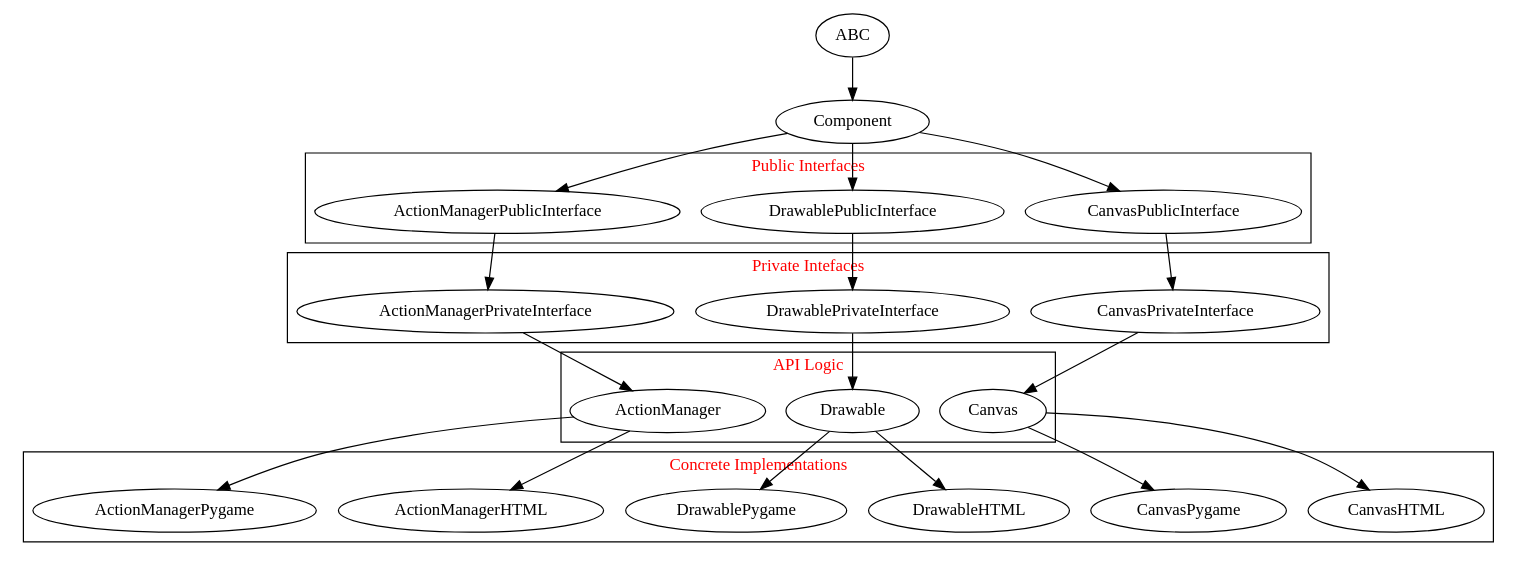
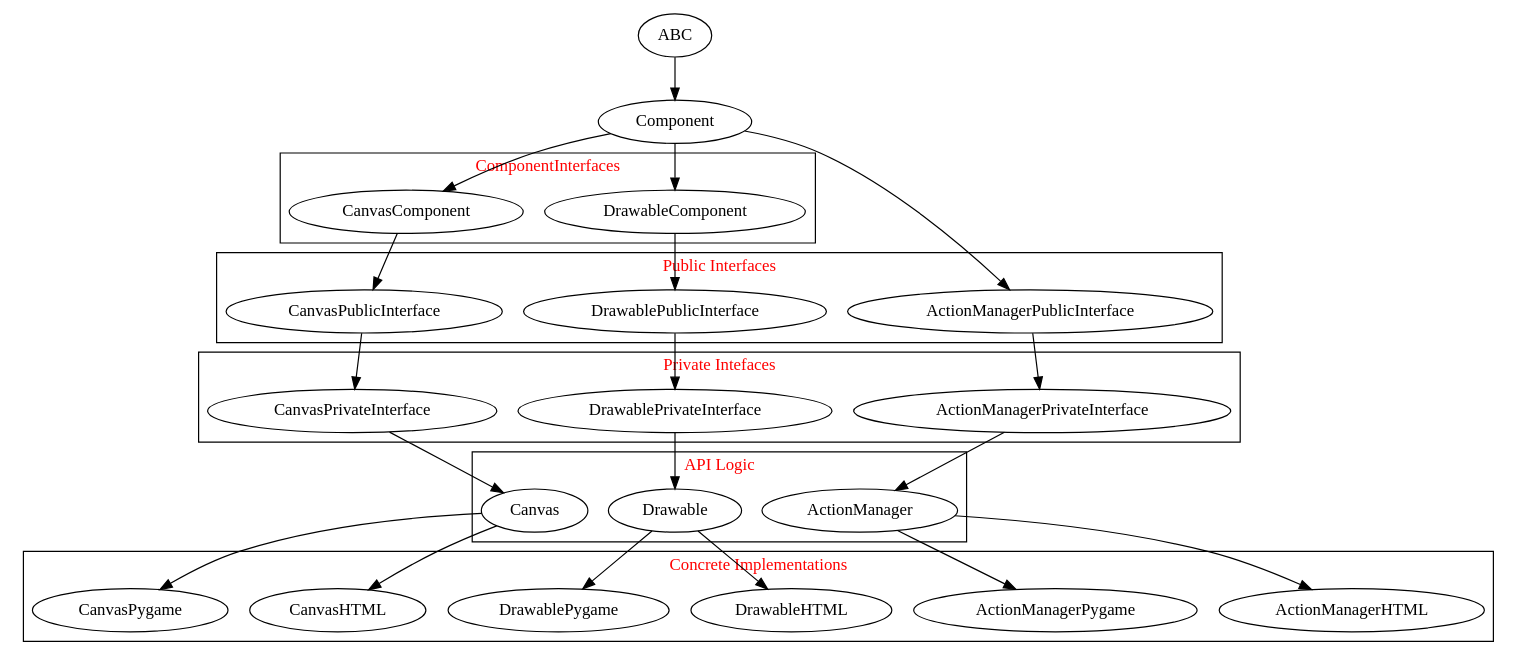
Before and after one commit to EltayebAhmed/pyCollage: the diagram in docs/class_flow_chart.dot, drawn with Graphviz. The commit also changed 7 other files, not shown here.

Commit message:
Added DrawableComponent and CanvasComponent

```diff
--- a/docs/class_flow_chart.dot
+++ b/docs/class_flow_chart.dot
@@ -1,56 +1,69 @@
 digraph {
     ABC -> Component
+
+
+ subgraph cluster_l0 {
+        fontcolor=red;
+        label = "ComponentInterfaces";
+        DrawableComponent
+        CanvasComponent
+
+    }
+
+    Component -> DrawableComponent
+    Component -> CanvasComponent
+
 
     subgraph cluster_l1 {
         fontcolor=red;
         label = "Public Interfaces";
         CanvasPublicInterface
         DrawablePublicInterface
         ActionManagerPublicInterface
     }
 
-    Component -> CanvasPublicInterface
-    Component -> DrawablePublicInterface
+    CanvasComponent -> CanvasPublicInterface
+    DrawableComponent -> DrawablePublicInterface
     Component -> ActionManagerPublicInterface
 
     subgraph cluster_l2 {
         fontcolor=red;
         label =  "Private Intefaces";
         CanvasPrivateInterface
         DrawablePrivateInterface
         ActionManagerPrivateInterface
     }
     CanvasPublicInterface -> CanvasPrivateInterface
     DrawablePublicInterface -> DrawablePrivateInterface
     ActionManagerPublicInterface -> ActionManagerPrivateInterface
 
     subgraph cluster_l3{
         fontcolor=red;
         label="API Logic";
         Canvas
         Drawable
         ActionManager
     }
 
     CanvasPrivateInterface -> Canvas
     DrawablePrivateInterface -> Drawable
     ActionManagerPrivateInterface -> ActionManager
 
      subgraph cluster_l4{
         fontcolor=red;
         label = "Concrete Implementations";
         CanvasHTML
         CanvasPygame
         DrawableHTML
         DrawablePygame
         ActionManagerHTML
         ActionManagerPygame
     }
     Canvas -> CanvasHTML
     Canvas -> CanvasPygame
     Drawable -> DrawableHTML
     Drawable -> DrawablePygame
     ActionManager -> ActionManagerHTML
     ActionManager-> ActionManagerPygame
 
 }
```
